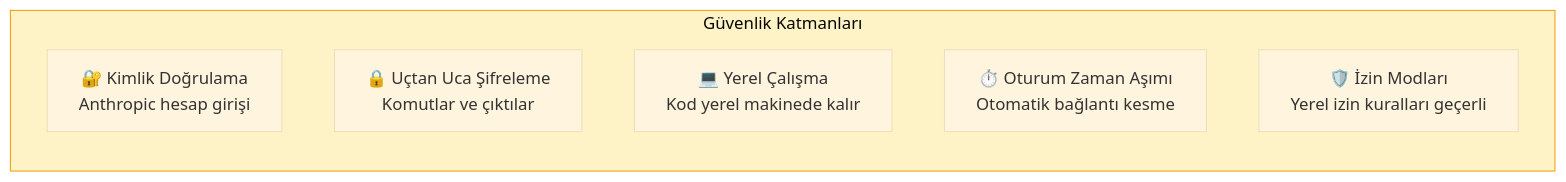
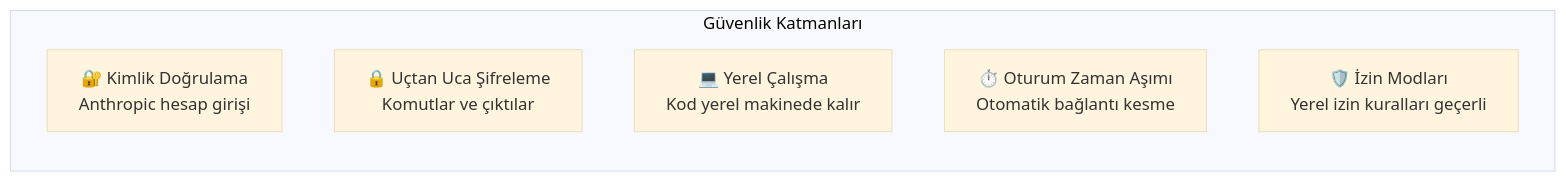
The fourth of 5 diagrams in 15-entegrasyonlar/07-uzaktan-kontrol.md (IzzetYasinAtes/ClaudeCodeHandbook), drawn with Mermaid (base theme) before and after one commit. The commit also changed other lines of this file and 97 other files, not shown here.

Commit message:
Remove all custom Mermaid style/fill colors from 98 markdown files for consistent dark theme rendering

````diff
--- a/15-entegrasyonlar/07-uzaktan-kontrol.md
+++ b/15-entegrasyonlar/07-uzaktan-kontrol.md
@@ -191,13 +186,12 @@
 ```mermaid
 flowchart TB
     subgraph security ["Güvenlik Katmanları"]
         direction TB
         AUTH["🔐 Kimlik Doğrulama<br/>Anthropic hesap girişi"]
         E2E["🔒 Uçtan Uca Şifreleme<br/>Komutlar ve çıktılar"]
         LOCAL["💻 Yerel Çalışma<br/>Kod yerel makinede kalır"]
         TIMEOUT["⏱️ Oturum Zaman Aşımı<br/>Otomatik bağlantı kesme"]
         PERM["🛡️ İzin Modları<br/>Yerel izin kuralları geçerli"]
     end
 
-    style security fill:#FEF3C7,stroke:#F59E0B
 ```
````
